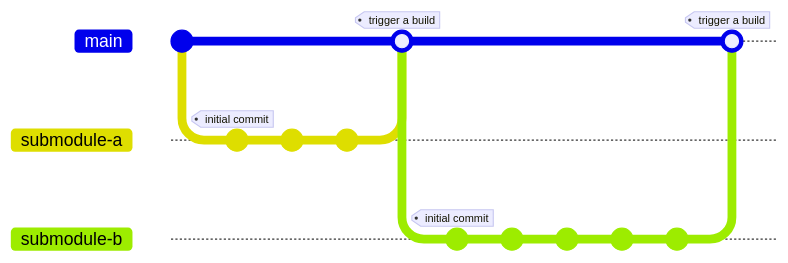
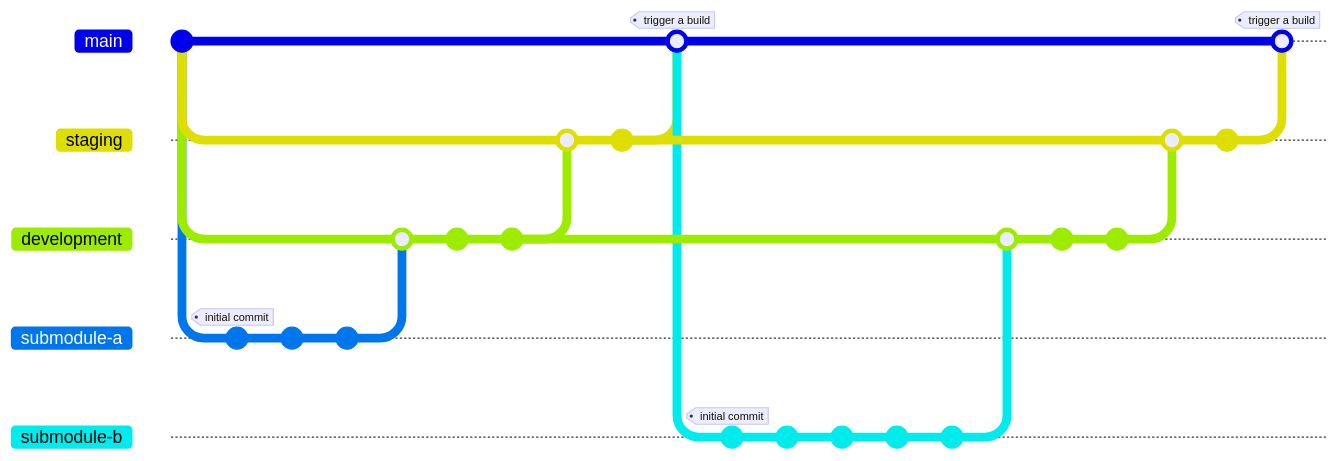
Before and after one commit to JonahsOrg/core: the first of 2 diagrams in README.md, drawn with Mermaid. Commit ids are hidden.

Commit message:
edited oveerview graph to include branches

````diff
--- a/README.md
+++ b/README.md
@@ -56,29 +56,46 @@
 ```mermaid
 
 gitGraph
        commit  id: "v0.0.1"
 
+       branch staging
+       branch development
        branch submodule-a
 
        checkout submodule-a
        commit tag: "initial commit"
        commit
        commit
 
+       checkout development
+       merge submodule-a
+       commit
+       commit
+
+       checkout staging
+       merge development
+       commit
 
        checkout main
-       merge submodule-a id: "v0.1.0" tag: "trigger a build"
-
+       merge staging id: "v0.1.0" tag: "trigger a build"
 
        branch submodule-b
        commit tag: "initial commit"
        commit
        commit
        commit
        commit
 
+       checkout development
+       merge submodule-b
+       commit
+       commit
+
+       checkout staging
+       merge development
+       commit
 
        checkout main
-       merge submodule-b id: "v1.0" tag: "trigger a build"
+       merge staging id: "v1.0" tag: "trigger a build"
 
 ```
````
